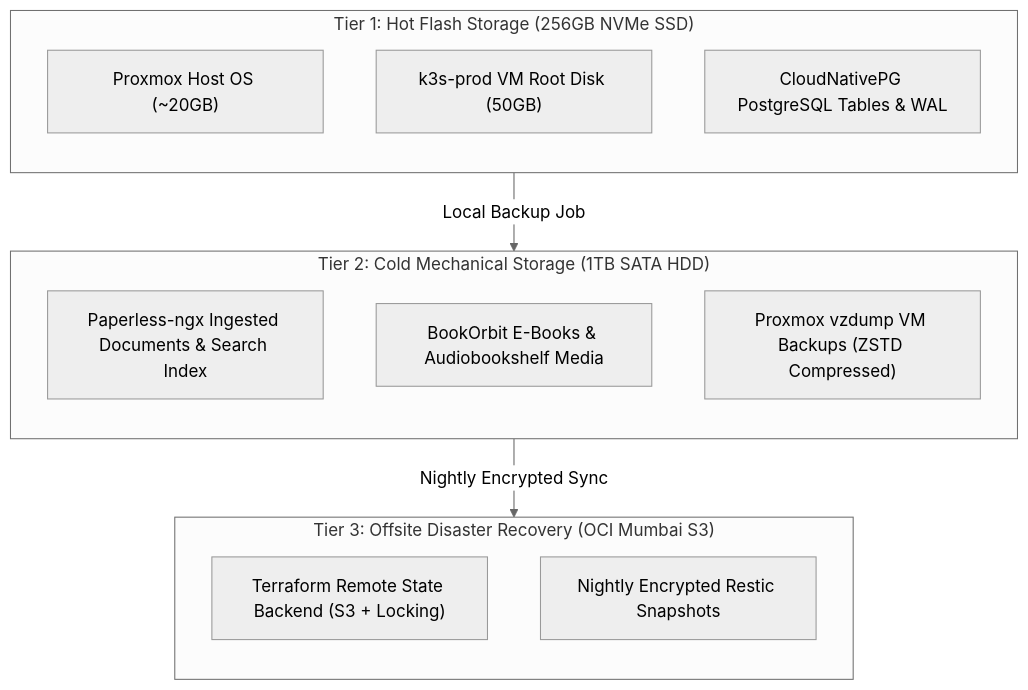
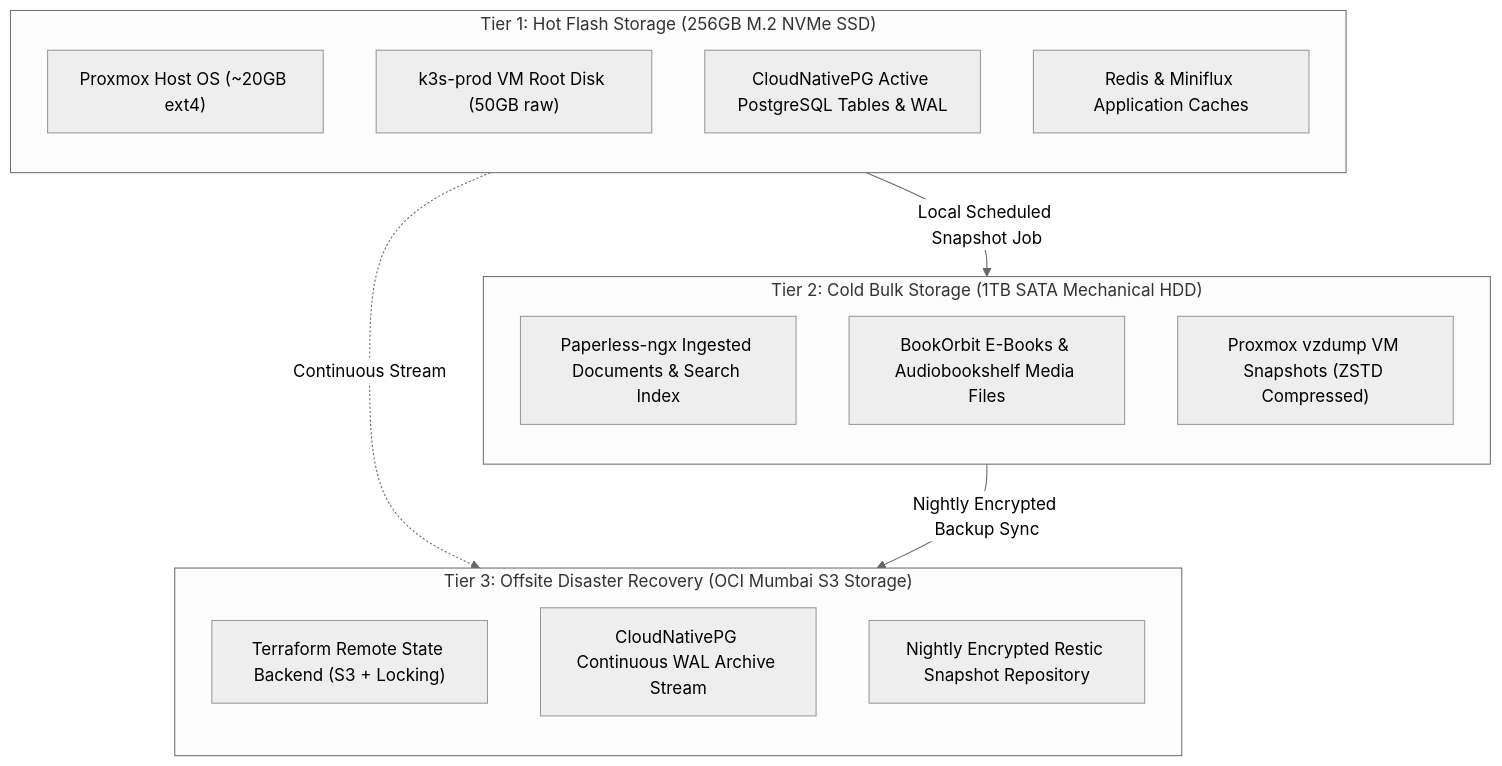
One commit to vsingh55/homelab-ops changed the diagram in docs/architecture/05-dual-tier-storage.md. Above: the diagram before and after it, drawn with Mermaid (neutral theme). The commit also changed other lines of this file and 4 other files, not shown here.

Commit message:
docs(architecture): enrich 5 core system architecture blueprints with hardware fencing, network flows, and storage tiering

````diff
--- a/docs/architecture/05-dual-tier-storage.md
+++ b/docs/architecture/05-dual-tier-storage.md
@@ -15,25 +18,28 @@
 ```mermaid
 flowchart TD
- subgraph Tier1["Tier 1: Hot Flash Storage (256GB NVMe SSD)"]
- direction TB
- NVMe_OS["Proxmox Host OS (~20GB)"]
- NVMe_Root["k3s-prod VM Root Disk (50GB)"]
- NVMe_DB["CloudNativePG PostgreSQL Tables & WAL"]
- end
+    subgraph Tier1["Tier 1: Hot Flash Storage (256GB M.2 NVMe SSD)"]
+        direction TB
+        NVMe_OS["Proxmox Host OS (~20GB ext4)"]
+        NVMe_Root["k3s-prod VM Root Disk (50GB raw)"]
+        NVMe_DB["CloudNativePG Active PostgreSQL Tables & WAL"]
+        NVMe_Cache["Redis & Miniflux Application Caches"]
+    end
 
- subgraph Tier2["Tier 2: Cold Mechanical Storage (1TB SATA HDD)"]
- direction TB
- HDD_Docs["Paperless-ngx Ingested Documents & Search Index"]
- HDD_Media["BookOrbit E-Books & Audiobookshelf Media"]
- HDD_Snapshots["Proxmox vzdump VM Backups (ZSTD Compressed)"]
- end
+    subgraph Tier2["Tier 2: Cold Bulk Storage (1TB SATA Mechanical HDD)"]
+        direction TB
+        HDD_Docs["Paperless-ngx Ingested Documents & Search Index"]
+        HDD_Media["BookOrbit E-Books & Audiobookshelf Media Files"]
+        HDD_Snapshots["Proxmox vzdump VM Snapshots (ZSTD Compressed)"]
+    end
 
- subgraph Tier3["Tier 3: Offsite Disaster Recovery (OCI Mumbai S3)"]
- direction TB
- OCI_State["Terraform Remote State Backend (S3 + Locking)"]
- OCI_Restic["Nightly Encrypted Restic Snapshots"]
- end
+    subgraph Tier3["Tier 3: Offsite Disaster Recovery (OCI Mumbai S3 Storage)"]
+        direction TB
+        OCI_State["Terraform Remote State Backend (S3 + Locking)"]
+        OCI_WAL["CloudNativePG Continuous WAL Archive Stream"]
+        OCI_Restic["Nightly Encrypted Restic Snapshot Repository"]
+    end
 
- Tier1 -->|Local Backup Job| Tier2
- Tier2 -->|Nightly Encrypted Sync| Tier3
+    Tier1 -->|Local Scheduled Snapshot Job| Tier2
+    Tier1 -.->|Continuous Stream| OCI_WAL
+    Tier2 -->|Nightly Encrypted Backup Sync| OCI_Restic
 ```
````
